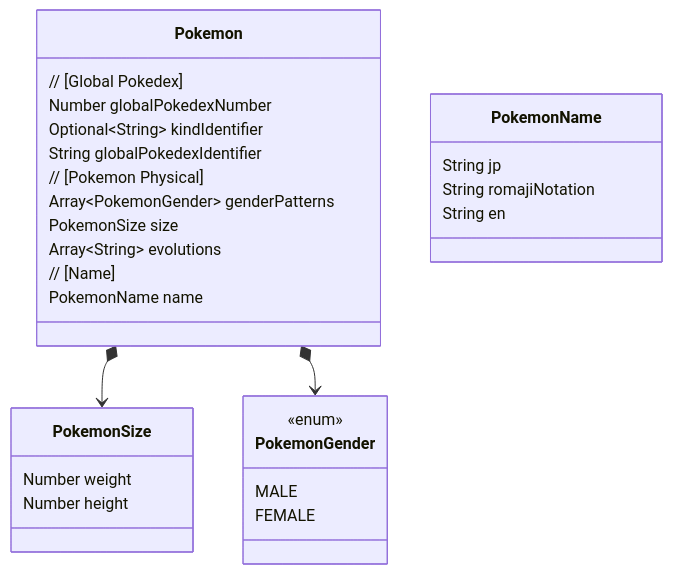
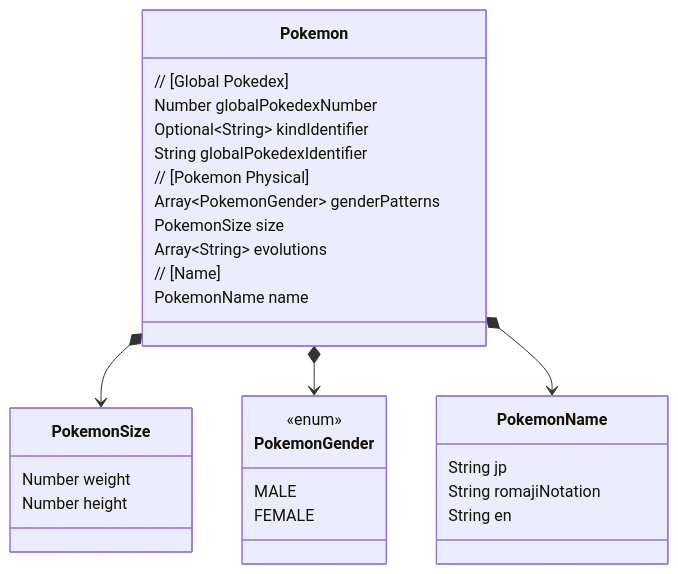
One commit to O6lvl4/pokemon-doc changed the diagram in pokemon-class.md. Above: the diagram before and after it, drawn with Mermaid.

Commit message:
Relate Pokemon to PokemonName

````diff
--- a/pokemon-class.md
+++ b/pokemon-class.md
@@ -1,37 +1,38 @@
 ```mermaid
 classDiagram
 
     class Pokemon {
         // [Global Pokedex]
         Number globalPokedexNumber
         Optional~String~ kindIdentifier
         String globalPokedexIdentifier
 
         // [Pokemon Physical]
         Array~PokemonGender~ genderPatterns
         PokemonSize size
         Array~String~ evolutions
 
         // [Name]
         PokemonName name
     }
     Pokemon *--> PokemonSize
     Pokemon *--> PokemonGender
+    Pokemon *--> PokemonName
 
     class PokemonSize {
         Number weight
         Number height
     }
 
     class PokemonGender {
         <<enum>>
         MALE
         FEMALE
     }
 
     class PokemonName {
         String jp
         String romajiNotation
         String en
     }
 ```
````
